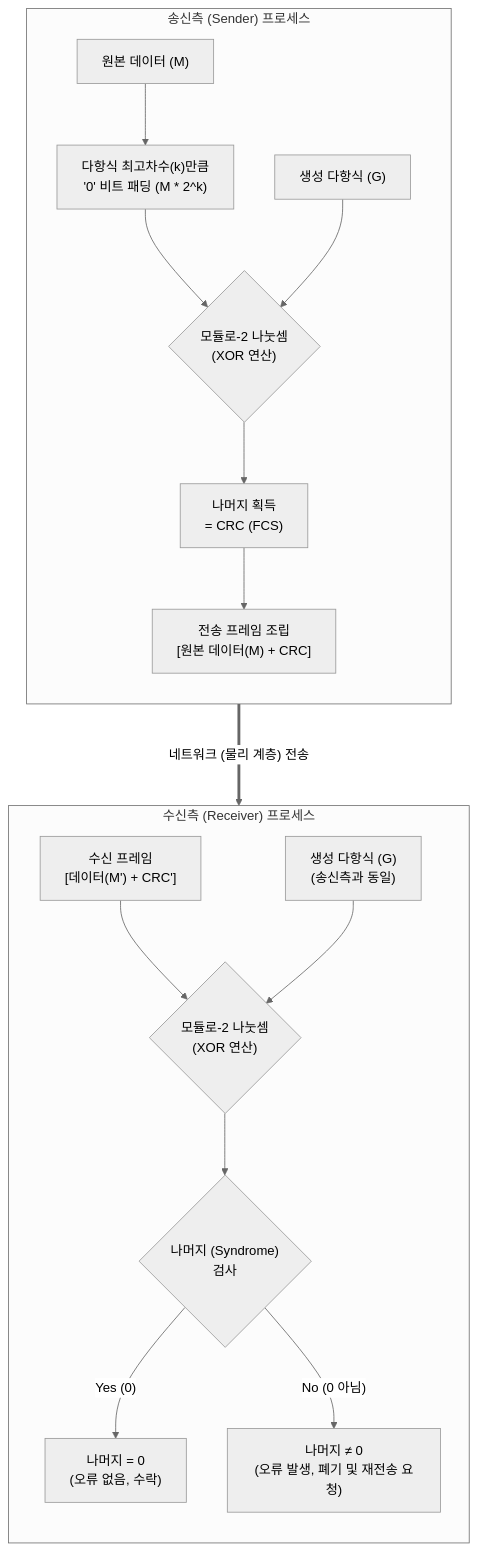
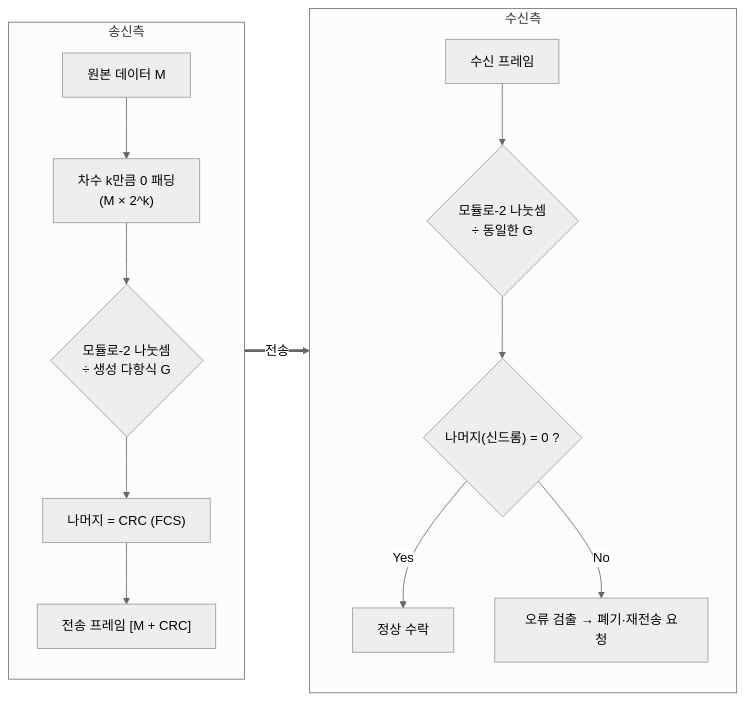
Before and after one commit to supremethumb/supremethumb.github.io: the diagram in content/01_IT Tech/CRC.md, drawn with Mermaid (neutral theme). The commit also changed other lines of this file and 1087 other files, not shown here.

````diff
--- a/content/01_IT Tech/CRC.md
+++ b/content/01_IT Tech/CRC.md
@@ -31,37 +36,18 @@
 ```mermaid
-flowchart TD
-    subgraph Sender["송신측 (Sender) 프로세스"]
+flowchart LR
+    subgraph Sender["송신측"]
         direction TB
-        Data["원본 데이터 (M)"]
-        Pad["다항식 최고차수(k)만큼<br/>'0' 비트 패딩 (M * 2^k)"]
-        Gen1["생성 다항식 (G)"]
-        Div1{"모듈로-2 나눗셈<br/>(XOR 연산)"}
-        FCS["나머지 획득<br/>= CRC (FCS)"]
-        TxFrame["전송 프레임 조립<br/>[원본 데이터(M) + CRC]"]
-
-        Data --> Pad
-        Pad --> Div1
-        Gen1 --> Div1
-        Div1 --> FCS
-        FCS --> TxFrame
+        D["원본 데이터 M"] --> Pad["차수 k만큼 0 패딩<br/>(M × 2^k)"]
+        Pad --> Div1{"모듈로-2 나눗셈<br/>÷ 생성 다항식 G"}
+        Div1 --> R["나머지 = CRC (FCS)"]
+        R --> T["전송 프레임 [M + CRC]"]
     end
-
-    subgraph Receiver["수신측 (Receiver) 프로세스"]
+    subgraph Receiver["수신측"]
         direction TB
-        RxFrame["수신 프레임<br/>[데이터(M') + CRC']"]
-        Gen2["생성 다항식 (G)<br/>(송신측과 동일)"]
-        Div2{"모듈로-2 나눗셈<br/>(XOR 연산)"}
-        Syndrome{"나머지 (Syndrome)<br/>검사"}
-        Pass["나머지 = 0<br/>(오류 없음, 수락)"]
-        Fail["나머지 ≠ 0<br/>(오류 발생, 폐기 및 재전송 요청)"]
-
-        RxFrame --> Div2
-        Gen2 --> Div2
-        Div2 --> Syndrome
-        Syndrome -- "Yes (0)" --> Pass
-        Syndrome -- "No (0 아님)" --> Fail
+        Rx["수신 프레임"] --> Div2{"모듈로-2 나눗셈<br/>÷ 동일한 G"}
+        Div2 --> Chk{"나머지(신드롬) = 0 ?"}
+        Chk -- "Yes" --> OK["정상 수락"]
+        Chk -- "No" --> NG["오류 검출 → 폐기·재전송 요청"]
     end
-
-    TxFrame == "네트워크 (물리 계층) 전송" ===> RxFrame
-
+    T == "전송" ==> Rx
 ```
````
